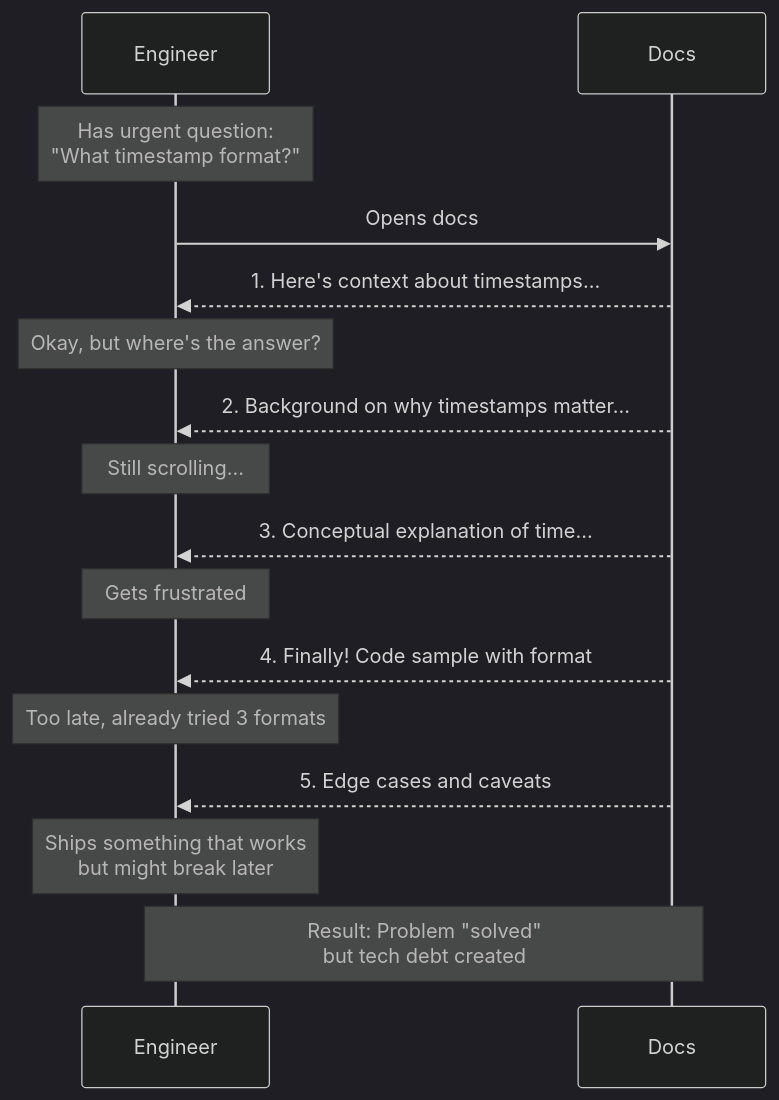
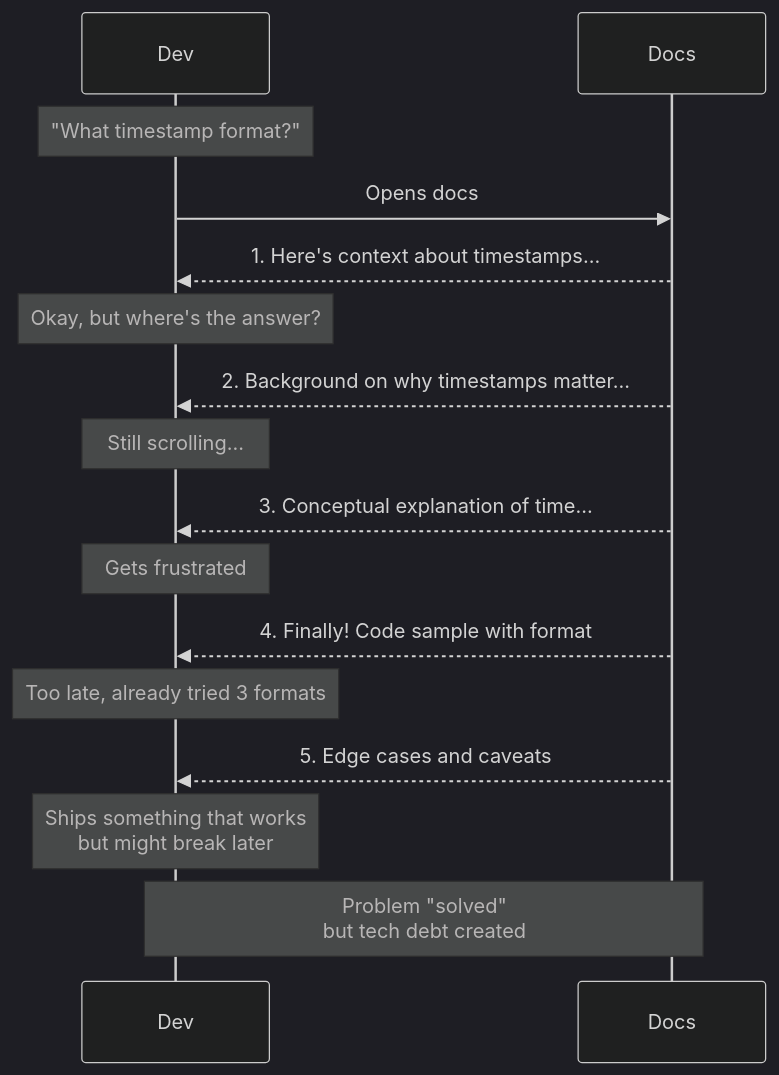
The first of 2 diagrams in docs/blogs/everyone-is-busy.md (rhyannonjoy/fake-financial-engineering-hub), drawn with Mermaid (dark theme) before and after one commit. The commit also changed other lines of this file, not shown here.

```diff
--- a/docs/blogs/everyone-is-busy.md
+++ b/docs/blogs/everyone-is-busy.md
@@ -67,25 +73,25 @@
 <div class="mermaid">
 sequenceDiagram
-    participant Engineer
+    participant Dev
     participant Docs
 
-    Note over Engineer: Has urgent question:<br/>"What timestamp format?"
+    Note over Dev: "What timestamp format?"
 
-    Engineer->>Docs: Opens docs
-    Docs-->>Engineer: 1. Here's context about timestamps...
-    Note over Engineer: Okay, but where's the answer?
+    Dev->>Docs: Opens docs
+    Docs-->>Dev: 1. Here's context about timestamps...
+    Note over Dev: Okay, but where's the answer?
 
-    Docs-->>Engineer: 2. Background on why timestamps matter...
-    Note over Engineer: Still scrolling...
+    Docs-->>Dev: 2. Background on why timestamps matter...
+    Note over Dev: Still scrolling...
 
-    Docs-->>Engineer: 3. Conceptual explanation of time...
-    Note over Engineer: Gets frustrated
+    Docs-->>Dev: 3. Conceptual explanation of time...
+    Note over Dev: Gets frustrated
 
-    Docs-->>Engineer: 4. Finally! Code sample with format
-    Note over Engineer: Too late, already tried 3 formats
+    Docs-->>Dev: 4. Finally! Code sample with format
+    Note over Dev: Too late, already tried 3 formats
 
-    Docs-->>Engineer: 5. Edge cases and caveats
-    Note over Engineer: Ships something that works<br/>but might break later
+    Docs-->>Dev: 5. Edge cases and caveats
+    Note over Dev: Ships something that works<br/>but might break later
 
-    Note over Engineer,Docs: Result: Problem "solved"<br/>but tech debt created
+    Note over Dev,Docs: Problem "solved"<br/>but tech debt created
 </div>
```
